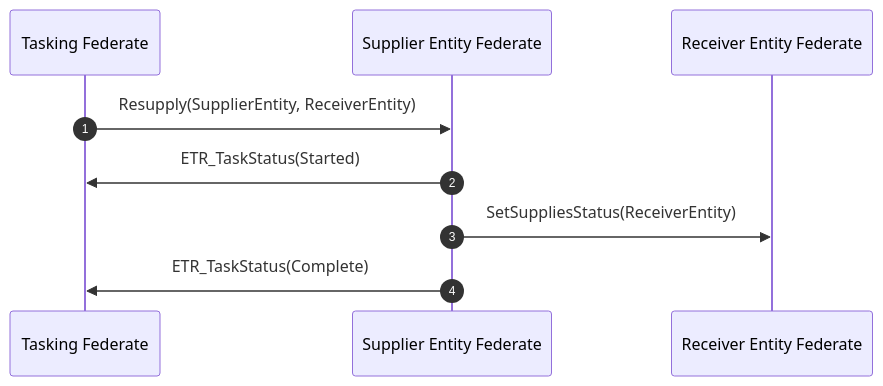
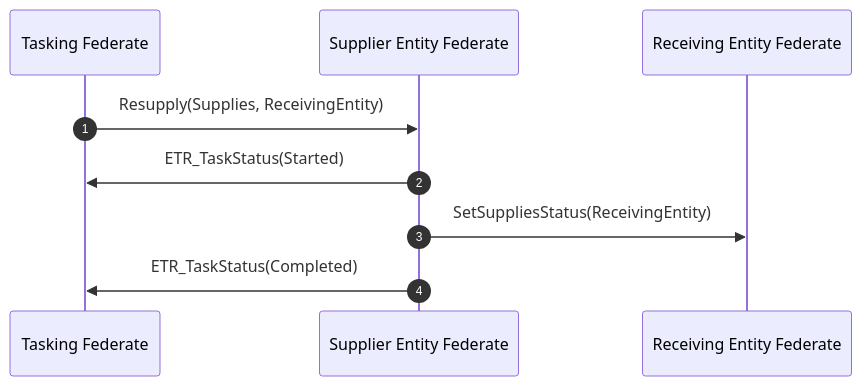
Before and after one commit to AMSP-04/NETN-FOM: the third of 7 diagrams in modules/NETN-LOG/NETN-LOG.md, drawn with Mermaid. The commit also changed other lines of this file, not shown here.

````diff
--- a/modules/NETN-LOG/NETN-LOG.md
+++ b/modules/NETN-LOG/NETN-LOG.md
@@ -83,9 +83,9 @@
 ```mermaid
 sequenceDiagram
 autonumber
-Tasking Federate->>Supplier Entity Federate: Resupply(SupplierEntity, ReceiverEntity)
+Tasking Federate->>Supplier Entity Federate: Resupply(Supplies, ReceivingEntity)
 Supplier Entity Federate->>Tasking Federate: ETR_TaskStatus(Started)
-Supplier Entity Federate->>Receiver Entity Federate: SetSuppliesStatus(ReceiverEntity)
-Supplier Entity Federate->>Tasking Federate: ETR_TaskStatus(Complete)
+Supplier Entity Federate->>Receiving Entity Federate: SetSuppliesStatus(ReceivingEntity)
+Supplier Entity Federate->>Tasking Federate: ETR_TaskStatus(Completed)
 
 ```
````
